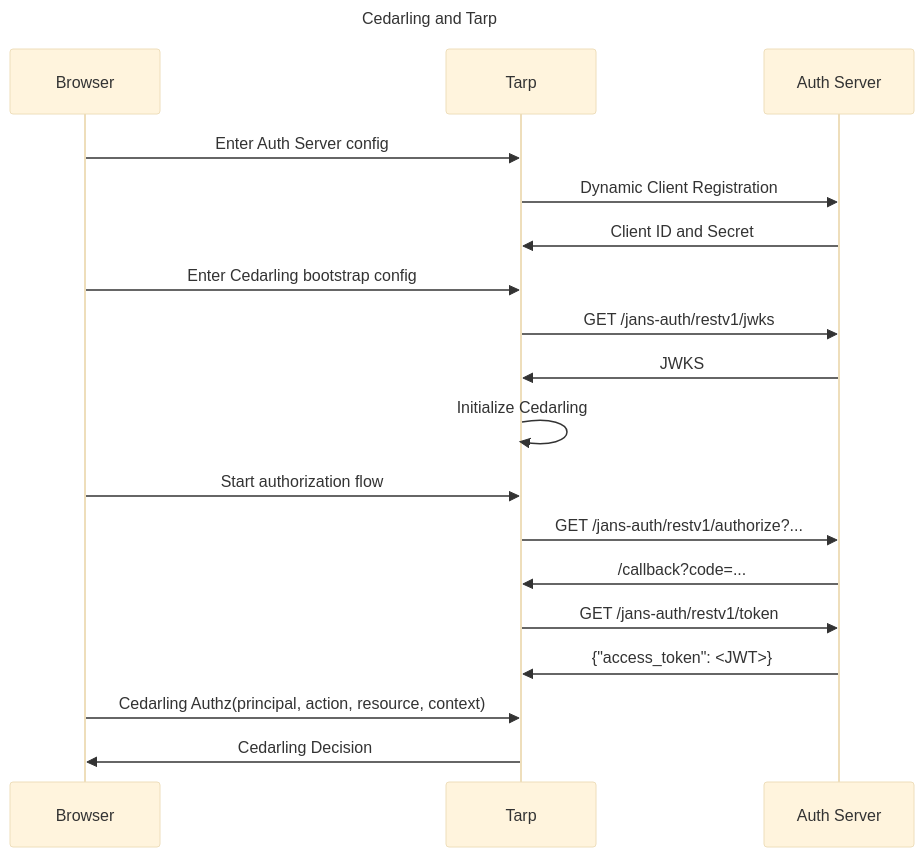
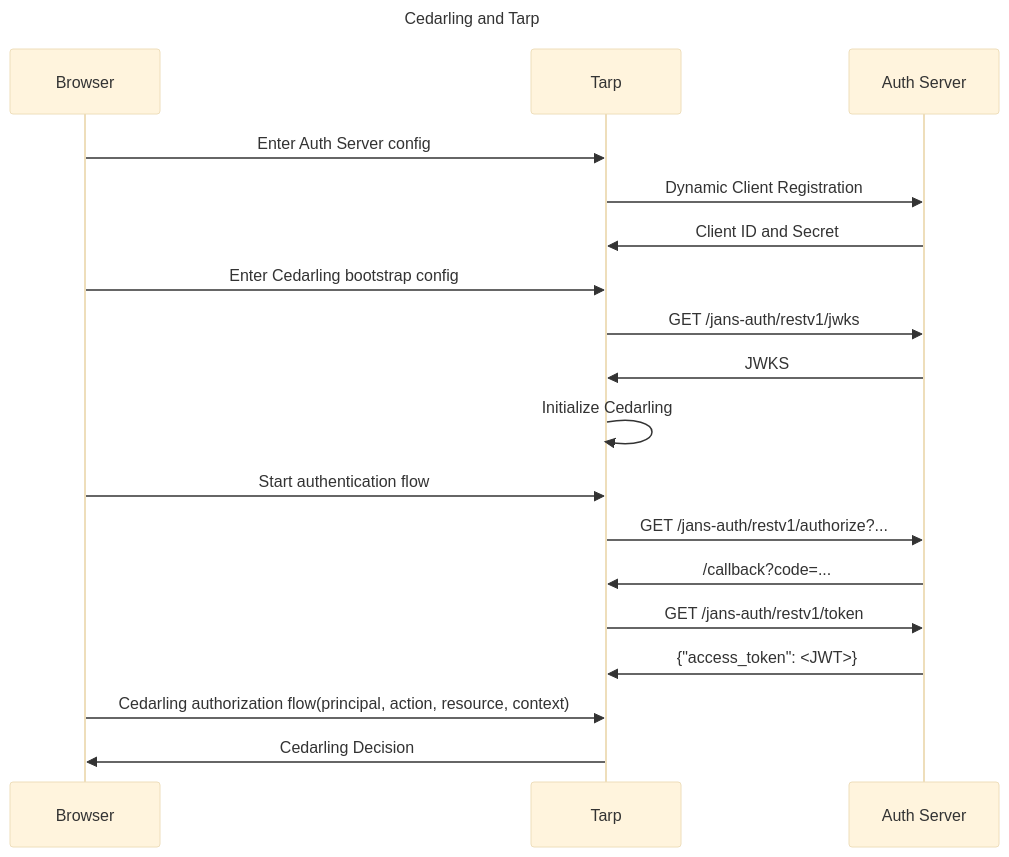
The diagram in docs/cedarling/cedarling-quick-start.md (JanssenProject/jans), drawn with Mermaid (base theme) before and after one commit. The commit also changed other lines of this file, not shown here.

````diff
--- a/docs/cedarling/cedarling-quick-start.md
+++ b/docs/cedarling/cedarling-quick-start.md
@@ -298,24 +180,24 @@
-```mermaid
-sequenceDiagram
-    title Cedarling and Tarp
+    ```mermaid
+    sequenceDiagram
+        title Cedarling and Tarp
 
-    participant Browser
-    participant Tarp
-    participant Auth Server
+        participant Browser
+        participant Tarp
+        participant Auth Server
 
-    Browser->>Tarp: Enter Auth Server config
-    Tarp->>Auth Server: Dynamic Client Registration 
-    Auth Server->>Tarp: Client ID and Secret
-    Browser->>Tarp: Enter Cedarling bootstrap config
-    Tarp->>Auth Server: GET /jans-auth/restv1/jwks
-    Auth Server->>Tarp: JWKS
-    Tarp->>Tarp: Initialize Cedarling
-    Browser->>Tarp: Start authorization flow
-    Tarp->>Auth Server: GET /jans-auth/restv1/authorize?...
-    Auth Server->>Tarp: /callback?code=...
-    Tarp->>Auth Server: GET /jans-auth/restv1/token
-    Auth Server->>Tarp: {"access_token": <JWT>}
+        Browser->>Tarp: Enter Auth Server config
+        Tarp->>Auth Server: Dynamic Client Registration 
+        Auth Server->>Tarp: Client ID and Secret
+        Browser->>Tarp: Enter Cedarling bootstrap config
+        Tarp->>Auth Server: GET /jans-auth/restv1/jwks
+        Auth Server->>Tarp: JWKS
+        Tarp->>Tarp: Initialize Cedarling
+        Browser->>Tarp: Start authentication flow
+        Tarp->>Auth Server: GET /jans-auth/restv1/authorize?...
+        Auth Server->>Tarp: /callback?code=...
+        Tarp->>Auth Server: GET /jans-auth/restv1/token
+        Auth Server->>Tarp: {"access_token": <JWT>}
 
-    Browser->>Tarp: Cedarling Authz(principal, action, resource, context)
-    Tarp->>Browser: Cedarling Decision 
-```
+        Browser->>Tarp: Cedarling authorization flow(principal, action, resource, context)
+        Tarp->>Browser: Cedarling Decision 
+    ```
````
